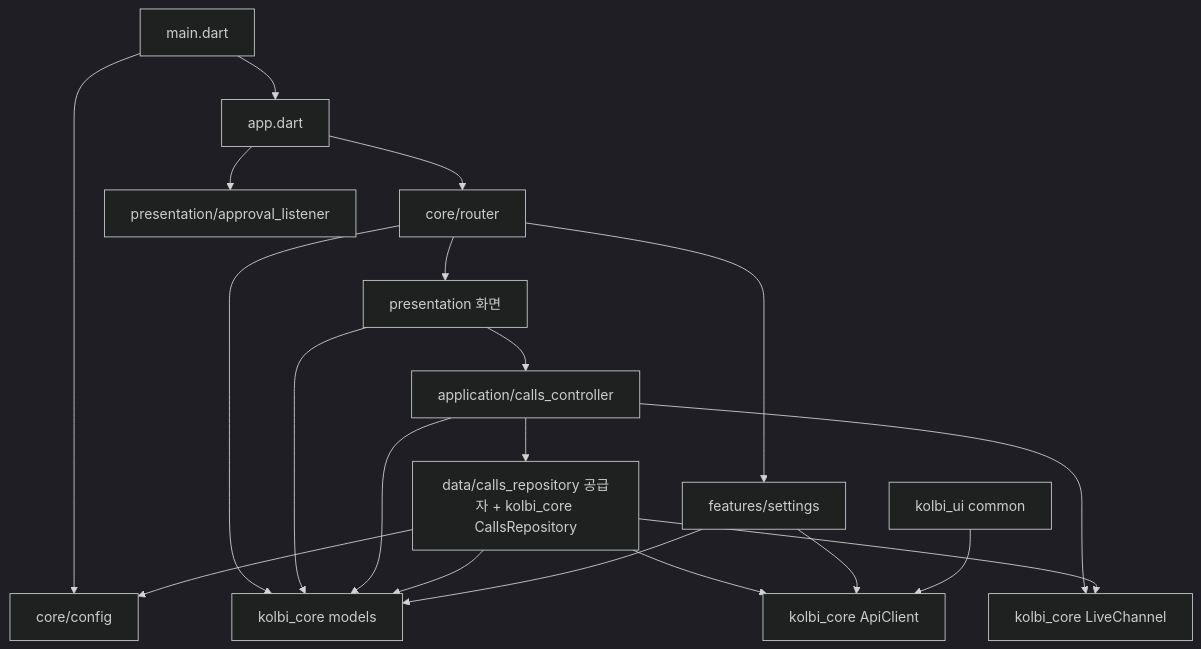
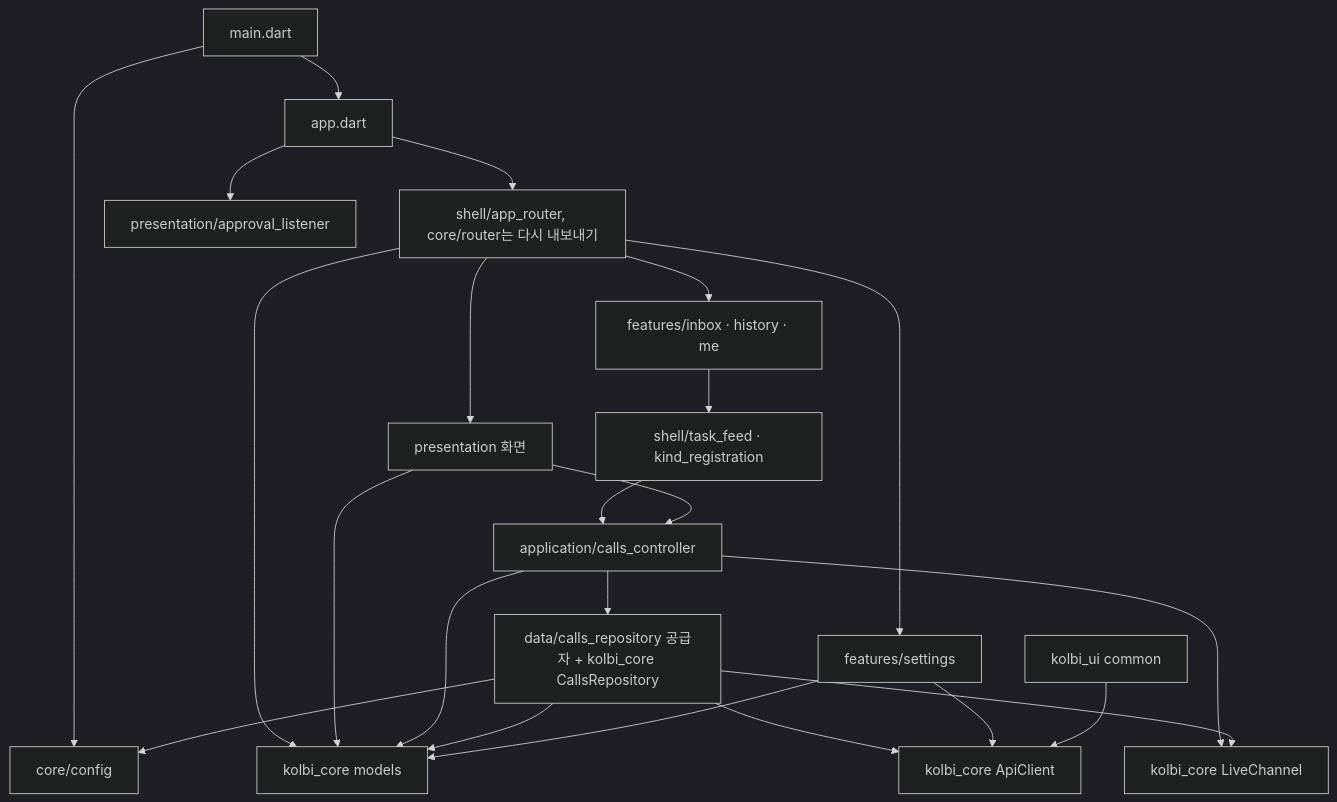
Before and after one commit to Jason8117/jason-danmuzi: the second of 2 diagrams in .moai/project/codemaps/dependencies.md, drawn with Mermaid (dark theme). The commit also changed other lines of this file and 11 other files, not shown here.

````diff
--- a/.moai/project/codemaps/dependencies.md
+++ b/.moai/project/codemaps/dependencies.md
@@ -93,22 +93,25 @@
 ```mermaid
 flowchart TD
   main[main.dart] --> appd[app.dart]
   main --> settings[core/config]
-  appd --> router[core/router]
+  appd --> router[shell/app_router, core/router는 다시 내보내기]
   appd --> listener[presentation/approval_listener]
   router --> screens[presentation 화면]
+  router --> tabs[features/inbox · history · me]
   router --> settingsScreen[features/settings]
   router --> models[kolbi_core models]
+  tabs --> feed[shell/task_feed · kind_registration]
+  feed --> controller
   screens --> controller[application/calls_controller]
   screens --> models
   controller --> repo[data/calls_repository 공급자 + kolbi_core CallsRepository]
   controller --> live[kolbi_core LiveChannel]
   controller --> models
   repo --> api[kolbi_core ApiClient]
   repo --> live
   repo --> settings
   repo --> models
   settingsScreen --> api
   settingsScreen --> models
   widgetsCommon[kolbi_ui common] --> api
 ```
````
